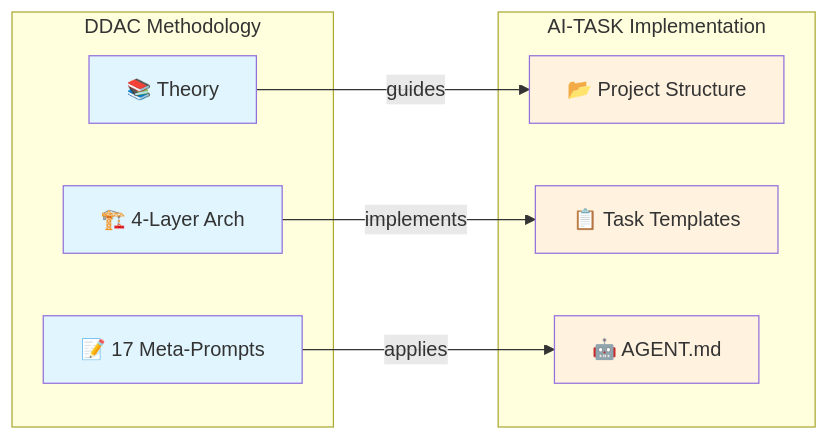
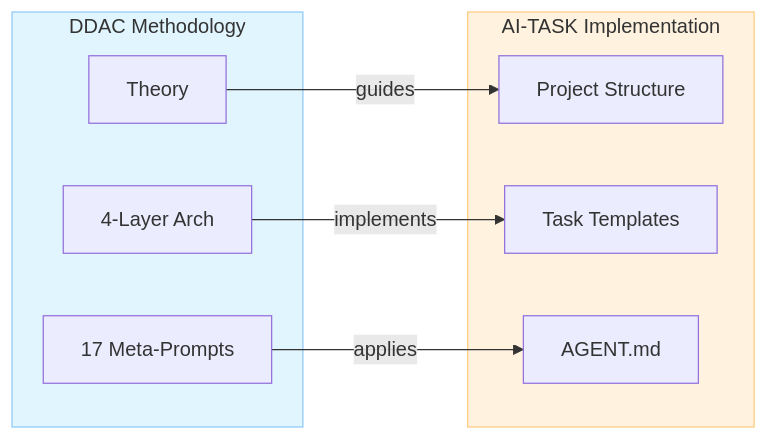
One commit to ArnoFrost/AI-TASK changed the first of 2 diagrams in README_EN.md. Above: the diagram before and after it, drawn with Mermaid. The commit also changed other lines of this file and 12 other files, not shown here.

````diff
--- a/README_EN.md
+++ b/README_EN.md
@@ -68,25 +68,21 @@
 ```mermaid
 graph LR
-    subgraph "DDAC Methodology"
-        D1[📚 Theory]
-        D2[🏗️ 4-Layer Arch]
-        D3[📝 17 Meta-Prompts]
+    subgraph DDAC["DDAC Methodology"]
+        D1["Theory"]
+        D2["4-Layer Arch"]
+        D3["17 Meta-Prompts"]
     end
 
-    subgraph "AI-TASK Implementation"
-        A1[📂 Project Structure]
-        A2[📋 Task Templates]
-        A3[🤖 AGENT.md]
+    subgraph AITASK_IMPL["AI-TASK Implementation"]
+        A1["Project Structure"]
+        A2["Task Templates"]
+        A3["AGENT.md"]
     end
 
     D1 -->|guides| A1
     D2 -->|implements| A2
     D3 -->|applies| A3
 
-    style D1 fill:#e1f5fe
-    style D2 fill:#e1f5fe
-    style D3 fill:#e1f5fe
-    style A1 fill:#fff3e0
-    style A2 fill:#fff3e0
-    style A3 fill:#fff3e0
+    style DDAC fill:#e1f5fe,stroke:#90caf9
+    style AITASK_IMPL fill:#fff3e0,stroke:#ffcc80
 ```
````
